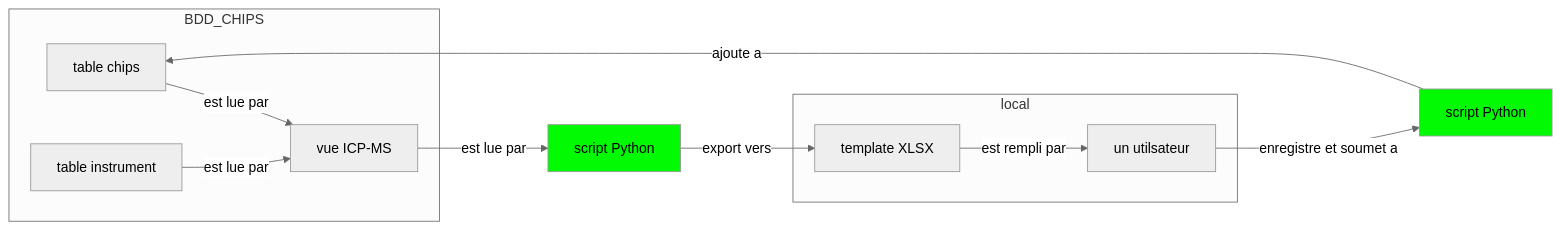
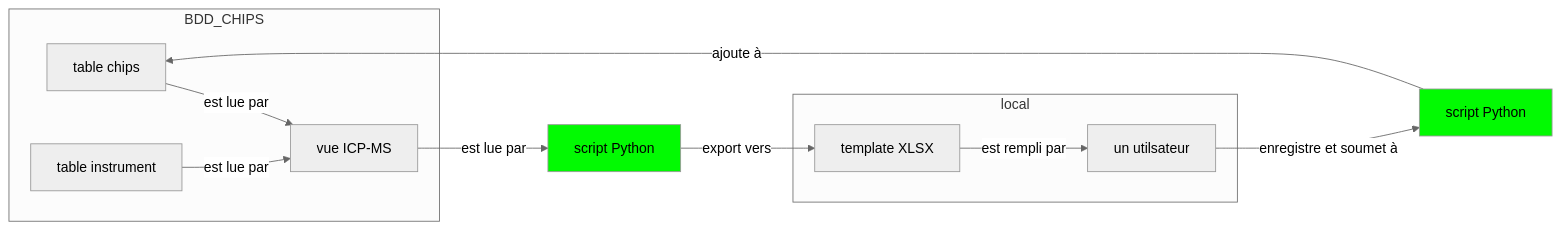
The diagram in dbs/chips/README.md (iramat/iramat-dev), drawn with Mermaid (neutral theme) before and after one commit. The commit also changed other lines of this file, not shown here.

````diff
--- a/dbs/chips/README.md
+++ b/dbs/chips/README.md
@@ -26,20 +26,20 @@
 ```mermaid
 flowchart LR
     subgraph BDD_CHIPS
       tC[table chips] -- est lue par --> A[vue ICP-MS]
       tI[table instrument] -- est lue par --> A[vue ICP-MS]
     end
     subgraph local
       Xt[template XLSX];
       U[un utilsateur];
     end
     A -- est lue par --> P1[script Python];
     P1 -- export vers --> Xt;
     Xt -- est rempli par --> U;
-    U -- enregistre et soumet a --> P2[script Python];
-    P2 -- ajoute a --> tC;
+    U -- enregistre et soumet à --> P2[script Python];
+    P2 -- ajoute à --> tC;
 
 click A "https://github.com/zoometh/iramat-test/tree/main/dbs#table_chimie"
 style P1 fill:#02fa02
 style P2 fill:#02fa02
 ```
````
